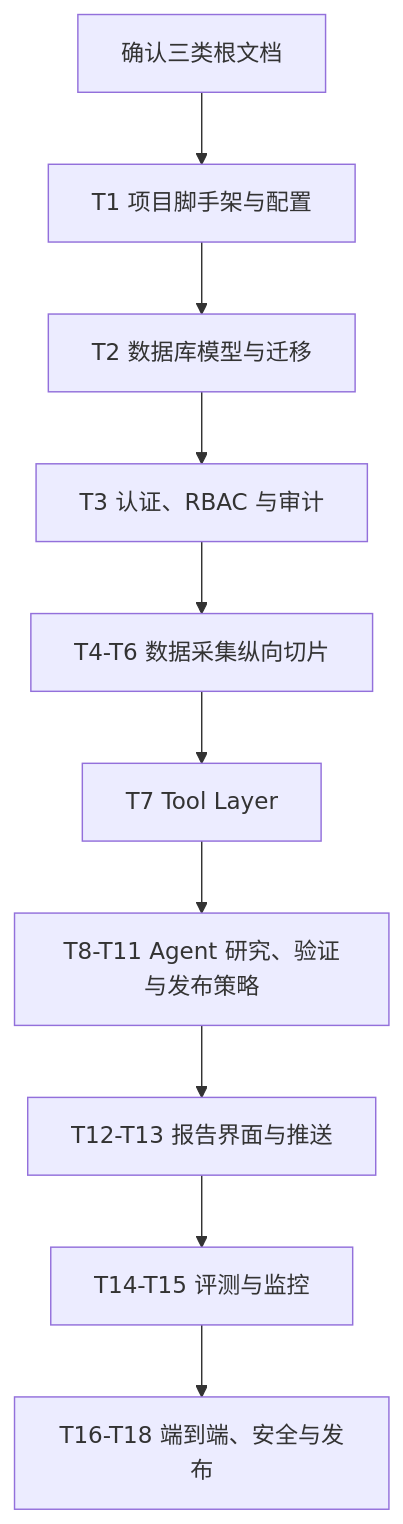
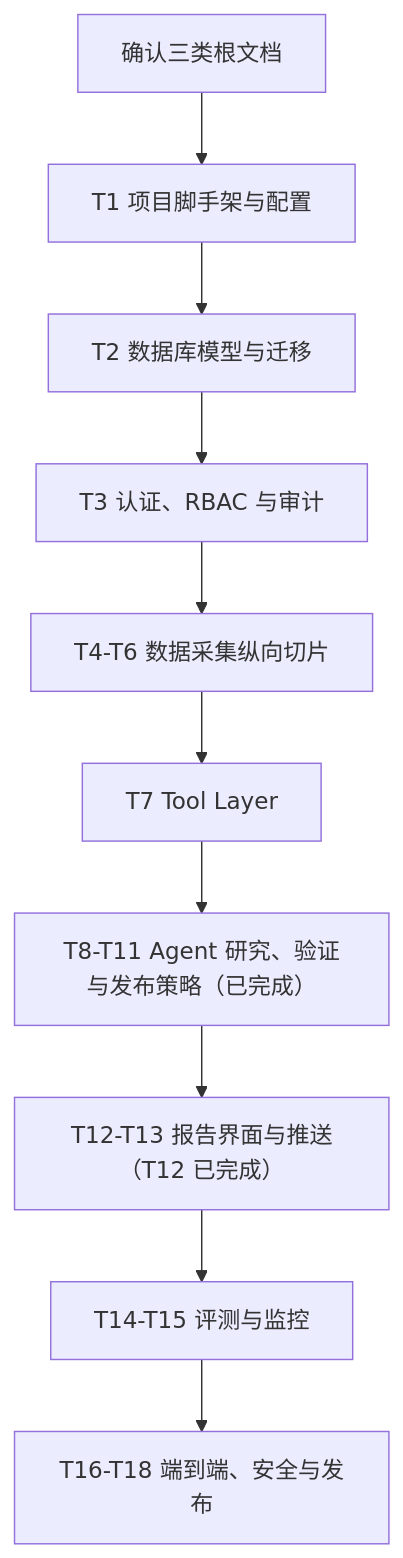
The diagram in docs/readiness-and-startup-roadmap.md (1t8y/open-source-intelligence-agent), drawn with Mermaid before and after one commit. The commit also changed other lines of this file and 42 other files, not shown here.

````diff
--- a/docs/readiness-and-startup-roadmap.md
+++ b/docs/readiness-and-startup-roadmap.md
@@ -46,12 +48,12 @@
 ```mermaid
 flowchart TD
     Confirm[确认三类根文档] --> T1[T1 项目脚手架与配置]
     T1 --> T2[T2 数据库模型与迁移]
     T2 --> T3[T3 认证、RBAC 与审计]
     T3 --> DataSlice[T4-T6 数据采集纵向切片]
     DataSlice --> ToolSlice[T7 Tool Layer]
-    ToolSlice --> AgentSlice[T8-T11 Agent 研究、验证与发布策略]
-    AgentSlice --> ProductSlice[T12-T13 报告界面与推送]
+    ToolSlice --> AgentSlice[T8-T11 Agent 研究、验证与发布策略（已完成）]
+    AgentSlice --> ProductSlice[T12-T13 报告界面与推送（T12 已完成）]
     ProductSlice --> QualitySlice[T14-T15 评测与监控]
     QualitySlice --> Release[T16-T18 端到端、安全与发布]
 ```
````
